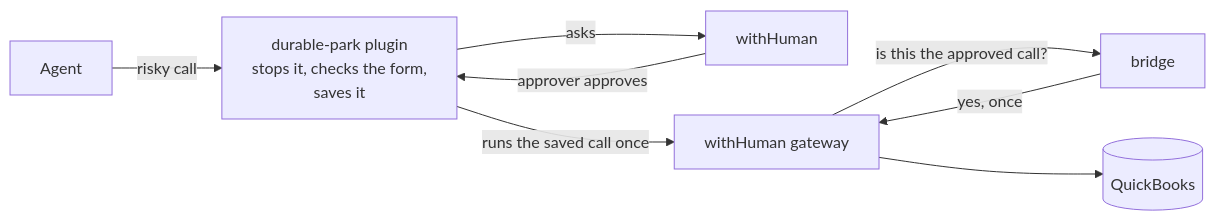
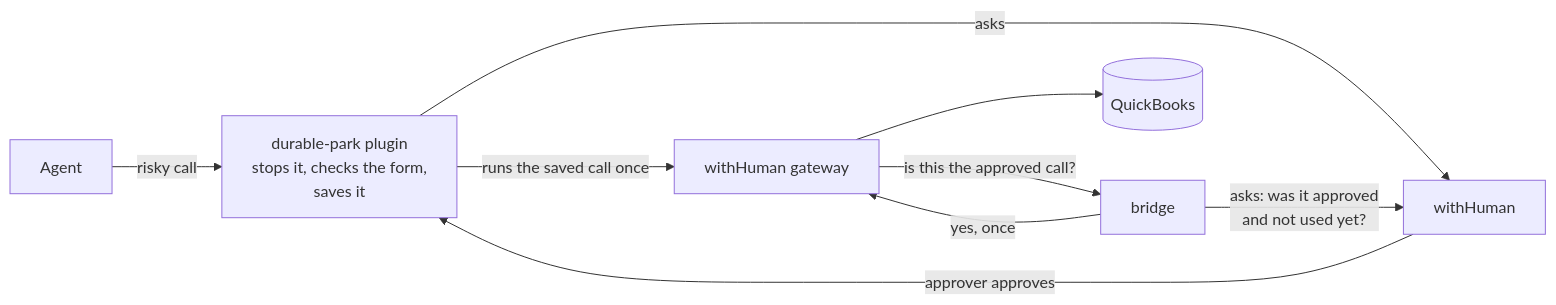
The diagram in durable-park/README.md (TapDashPayments/TapDash-Agents), drawn with Mermaid before and after one commit. The commit also changed other lines of this file and 12 other files, not shown here.

First line of the commit message:
deploy, docs: the bridge verifies approvals in withHuman, not the ledger

````diff
--- a/durable-park/README.md
+++ b/durable-park/README.md
@@ -31,10 +31,11 @@
 ```mermaid
 flowchart LR
   agent["Agent"] -->|"risky call"| plugin["durable-park plugin<br/>stops it, checks the form,<br/>saves it"]
   plugin -->|"asks"| wh["withHuman"]
   wh -->|"approver approves"| plugin
   plugin -->|"runs the saved call once"| gw["withHuman gateway"]
   gw -->|"is this the approved call?"| bridge["bridge"]
   bridge -->|"yes, once"| gw
+  bridge -->|"asks: was it approved<br/>and not used yet?"| wh
   gw --> qbo[("QuickBooks")]
 ```
````
